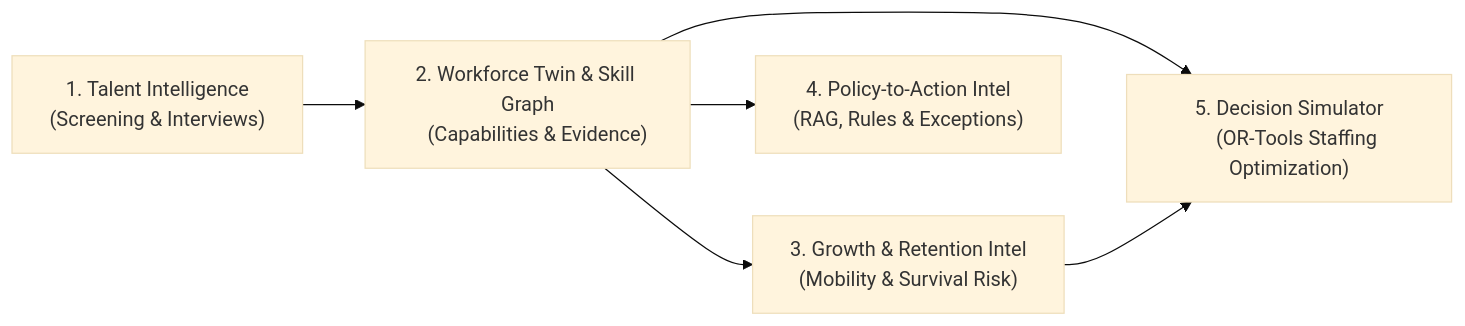
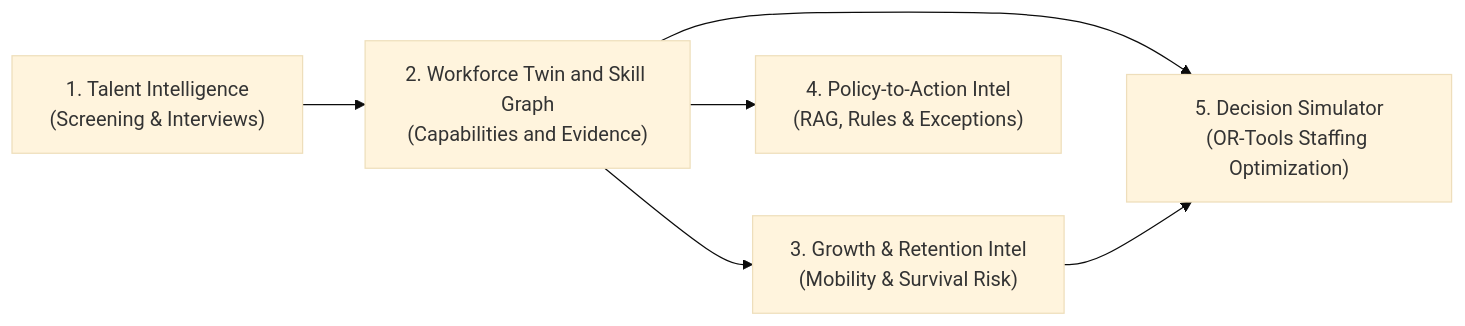
One commit to sharancode3/WorkSense changed the first of 2 diagrams in docs/09-Project-Memory.md. Above: the diagram before and after it, drawn with Mermaid (base theme). The commit also changed other lines of this file and 9 other files, not shown here.

Commit message:
fix(docs): resolve Mermaid syntax parse errors across all markdown specifications

````diff
--- a/docs/09-Project-Memory.md
+++ b/docs/09-Project-Memory.md
@@ -174,12 +174,8 @@
 ```mermaid
 flowchart LR
-    M1["1. Talent Intelligence
-    (Screening & Interviews)"] --> M2["2. Workforce Twin & Skill Graph
-    (Capabilities & Evidence)"]
-    M2 --> M3["3. Growth & Retention Intel
-    (Mobility & Survival Risk)"]
-    M2 --> M4["4. Policy-to-Action Intel
-    (RAG, Rules & Exceptions)"]
-    M2 & M3 --> M5["5. Decision Simulator
-    (OR-Tools Staffing Optimization)"]
+    M1["1. Talent Intelligence<br/>(Screening & Interviews)"] --> M2["2. Workforce Twin and Skill Graph<br/>(Capabilities and Evidence)"]
+    M2 --> M3["3. Growth & Retention Intel<br/>(Mobility & Survival Risk)"]
+    M2 --> M4["4. Policy-to-Action Intel<br/>(RAG, Rules & Exceptions)"]
+    M2 & M3 --> M5["5. Decision Simulator<br/>(OR-Tools Staffing Optimization)"]
+
 ```
````
